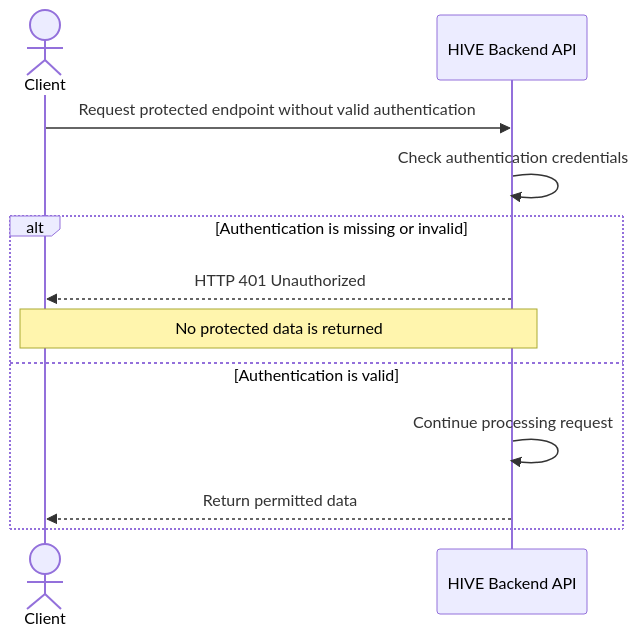
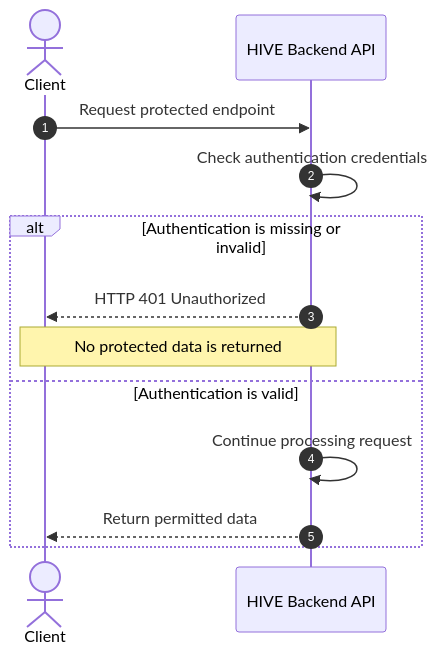
The second of 2 diagrams in docs/design/sequence/US-01-authentication.md (El-Dorado26/hive-honeypot-network), drawn with Mermaid before and after one commit. The commit also changed other lines of this file, not shown here.

First line of the commit message:
Refine user login sequence diagram and criteria mapping

````diff
--- a/docs/design/sequence/US-01-authentication.md
+++ b/docs/design/sequence/US-01-authentication.md
@@ -64,16 +57,17 @@
 ```mermaid
 sequenceDiagram
+    autonumber
     actor Client
     participant Backend as HIVE Backend API
 
-    Client->>Backend: Request protected endpoint without valid authentication
+    Client->>Backend: Request protected endpoint
     Backend->>Backend: Check authentication credentials
 
     alt Authentication is missing or invalid
         Backend-->>Client: HTTP 401 Unauthorized
         Note over Backend,Client: No protected data is returned
     else Authentication is valid
         Backend->>Backend: Continue processing request
         Backend-->>Client: Return permitted data
     end
 ```
````
